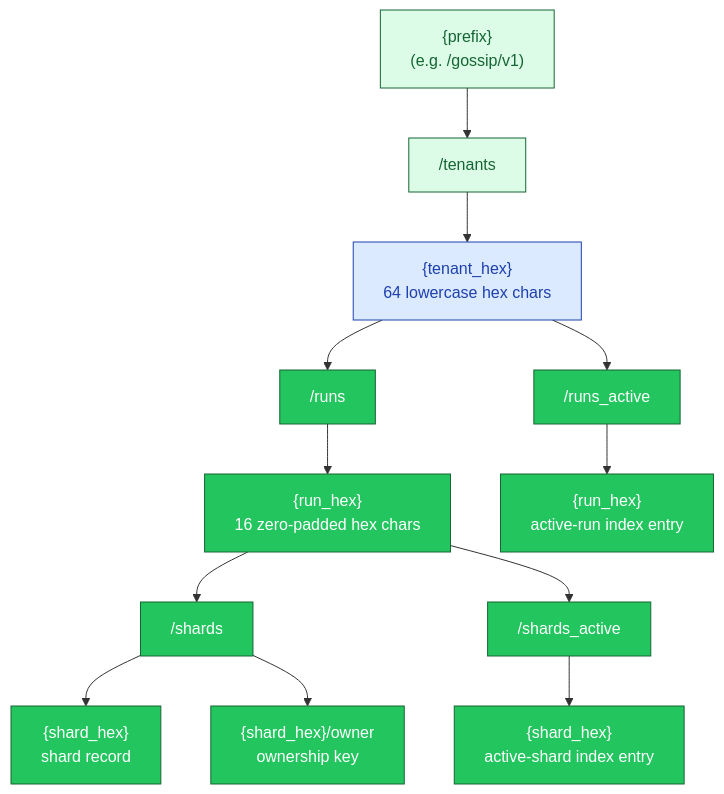
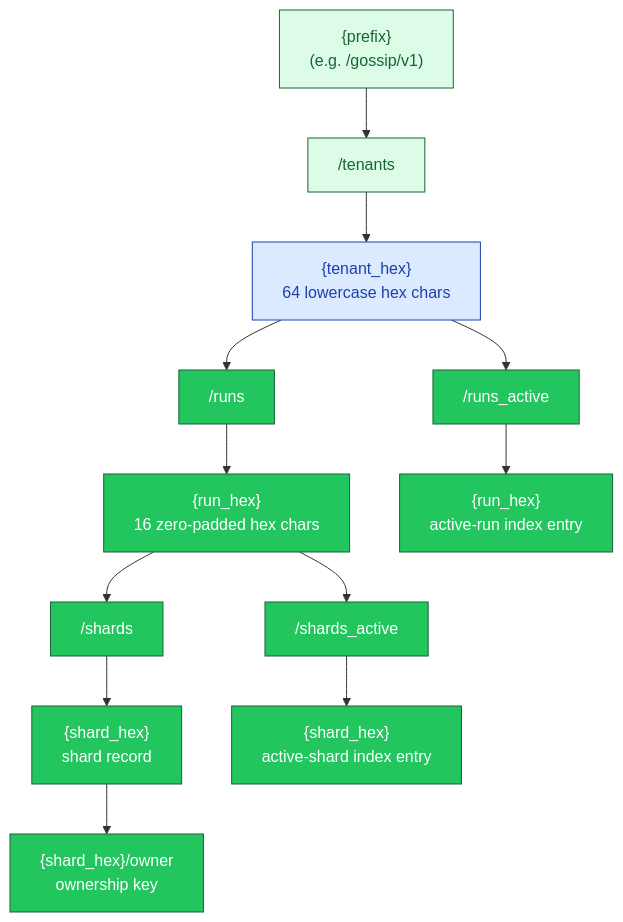
The second of 6 diagrams in diagrams/20-etcd-coordinator-persistence.md (ahrav/Gossip-rs), drawn with Mermaid before and after one commit. The commit also changed 9 other files, not shown here.

Commit message:
Reorder diagram reading paths and fix cross-references

````diff
--- a/diagrams/20-etcd-coordinator-persistence.md
+++ b/diagrams/20-etcd-coordinator-persistence.md
@@ -121,49 +121,49 @@
 ```mermaid
 %% Diagram: etcd-keyspace-tree
 graph TB
     PREFIX["{prefix}<br/>(e.g. /gossip/v1)"]
 
     TENANTS["/tenants"]
 
     T_HEX["{tenant_hex}<br/>64 lowercase hex chars"]
 
     RUNS["/runs"]
     RUNS_ACTIVE["/runs_active"]
 
     R_HEX["{run_hex}<br/>16 zero-padded hex chars"]
     R_ACTIVE_HEX["{run_hex}<br/>active-run index entry"]
 
     SHARDS["/shards"]
     SHARDS_ACTIVE["/shards_active"]
 
     S_HEX["{shard_hex}<br/>shard record"]
     S_OWNER["{shard_hex}/owner<br/>ownership key"]
     S_ACTIVE_HEX["{shard_hex}<br/>active-shard index entry"]
 
     PREFIX --> TENANTS
     TENANTS --> T_HEX
     T_HEX --> RUNS
     T_HEX --> RUNS_ACTIVE
     RUNS --> R_HEX
     RUNS_ACTIVE --> R_ACTIVE_HEX
     R_HEX --> SHARDS
     R_HEX --> SHARDS_ACTIVE
     SHARDS --> S_HEX
-    SHARDS --> S_OWNER
+    S_HEX --> S_OWNER
     SHARDS_ACTIVE --> S_ACTIVE_HEX
 
     style PREFIX fill:#DCFCE7,stroke:#166534,color:#166534
     style TENANTS fill:#DCFCE7,stroke:#166534,color:#166534
     style T_HEX fill:#DBEAFE,stroke:#1E40AF,color:#1E40AF
 
     style RUNS fill:#22C55E,stroke:#166534,color:#FFF
     style RUNS_ACTIVE fill:#22C55E,stroke:#166534,color:#FFF
     style R_HEX fill:#22C55E,stroke:#166534,color:#FFF
     style R_ACTIVE_HEX fill:#22C55E,stroke:#166534,color:#FFF
 
     style SHARDS fill:#22C55E,stroke:#166534,color:#FFF
     style SHARDS_ACTIVE fill:#22C55E,stroke:#166534,color:#FFF
     style S_HEX fill:#22C55E,stroke:#166534,color:#FFF
     style S_OWNER fill:#22C55E,stroke:#166534,color:#FFF
     style S_ACTIVE_HEX fill:#22C55E,stroke:#166534,color:#FFF
 ```
````
